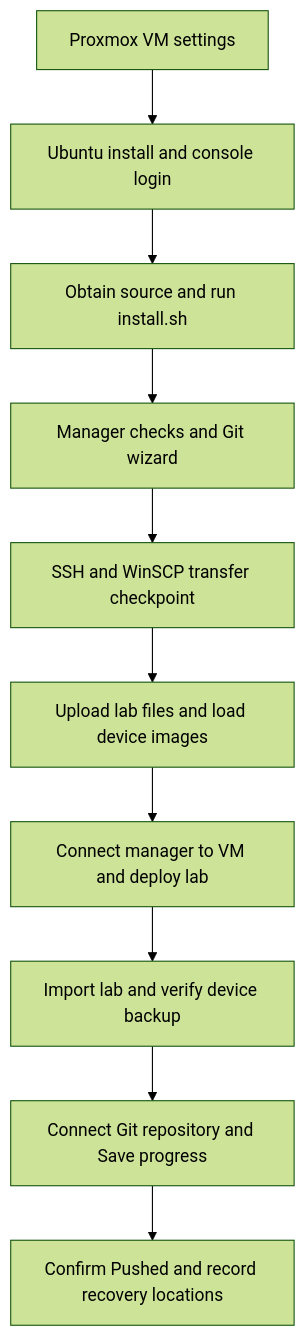
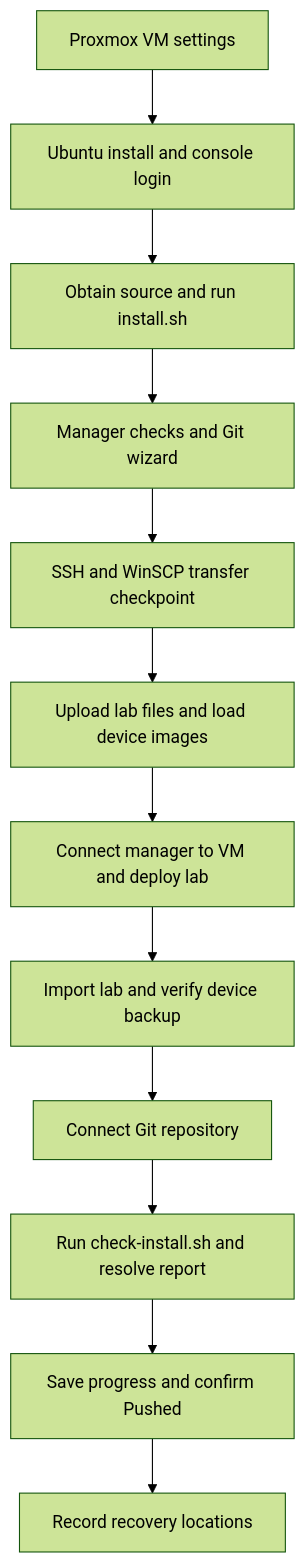
Before and after one commit to ArchRuger/CLAB-BACKUP-WORKER-v2: the diagram in FRESH-VM-GUIDE-V2.md, drawn with Mermaid (forest theme). The commit also changed other lines of this file and 31 other files, not shown here.

````diff
--- a/FRESH-VM-GUIDE-V2.md
+++ b/FRESH-VM-GUIDE-V2.md
@@ -44,12 +45,14 @@
 ```mermaid
 flowchart TD
     A[Proxmox VM settings] --> B[Ubuntu install and console login]
     B --> C[Obtain source and run install.sh]
     C --> D[Manager checks and Git wizard]
     D --> E[SSH and WinSCP transfer checkpoint]
     E --> F[Upload lab files and load device images]
     F --> G[Connect manager to VM and deploy lab]
     G --> H[Import lab and verify device backup]
-    H --> I[Connect Git repository and Save progress]
-    I --> J[Confirm Pushed and record recovery locations]
+    H --> I[Connect Git repository]
+    I --> J[Run check-install.sh and resolve report]
+    J --> K[Save progress and confirm Pushed]
+    K --> L[Record recovery locations]
 ```
````
